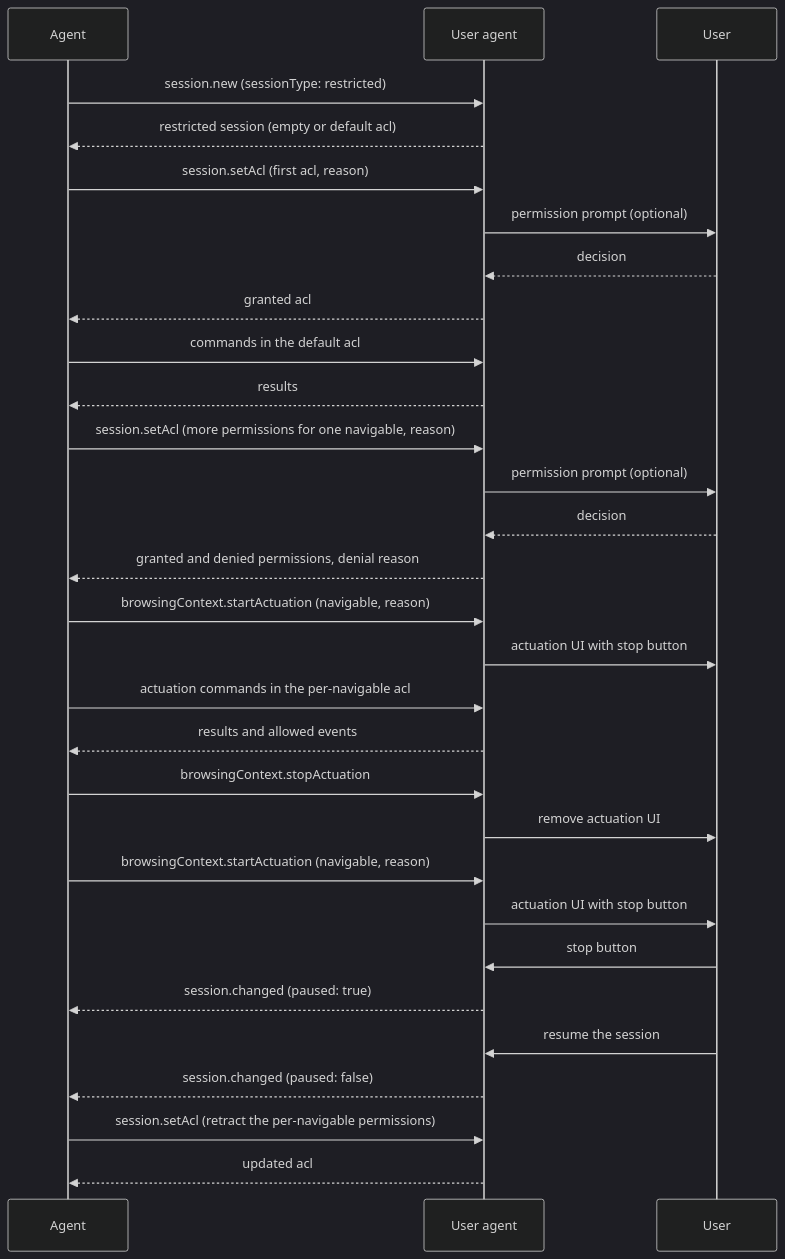
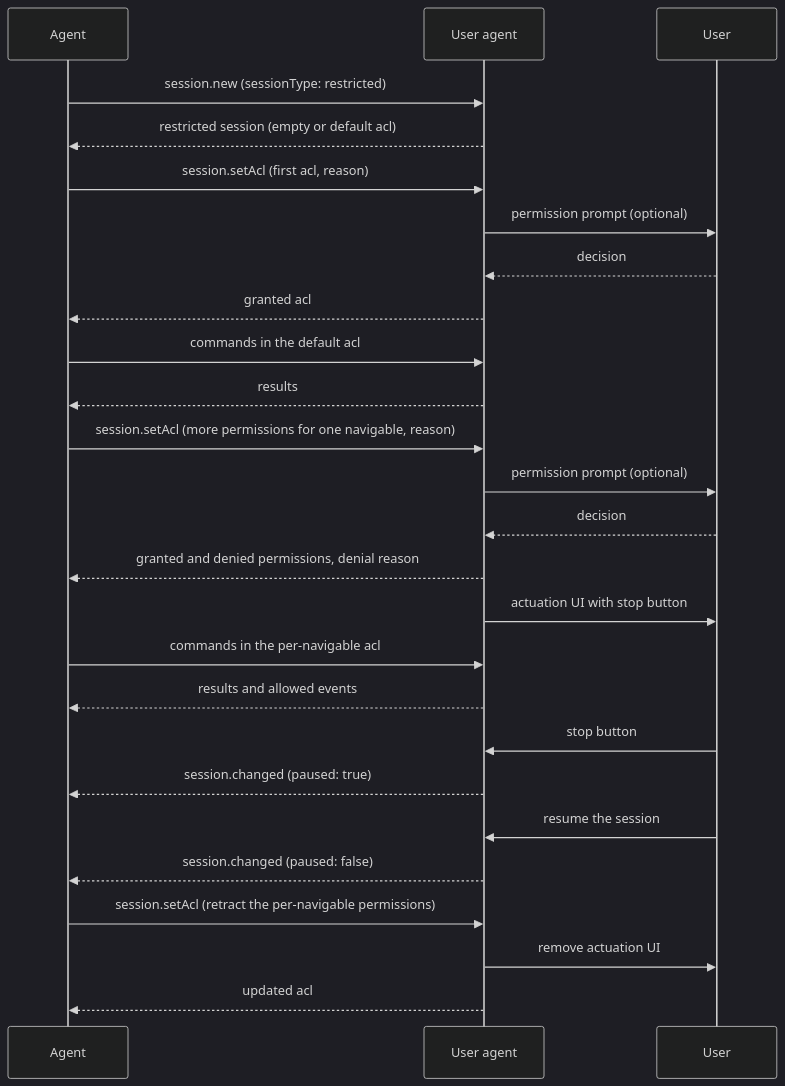
The diagram in README.md (WICG/agentic-webdriver-bidi), drawn with Mermaid (dark theme) before and after one commit. The commit also changed other lines of this file, not shown here.

First line of the commit message:
Use the per-navigable ACL as the signal for actuation UI

````diff
--- a/README.md
+++ b/README.md
@@ -476,33 +418,29 @@
 ```mermaid
 sequenceDiagram
     participant Agent
     participant UA as User agent
     participant User
 
     Agent->>UA: session.new (sessionType: restricted)
     UA-->>Agent: restricted session (empty or default acl)
     Agent->>UA: session.setAcl (first acl, reason)
     UA->>User: permission prompt (optional)
     User-->>UA: decision
     UA-->>Agent: granted acl
     Agent->>UA: commands in the default acl
     UA-->>Agent: results
     Agent->>UA: session.setAcl (more permissions for one navigable, reason)
     UA->>User: permission prompt (optional)
     User-->>UA: decision
     UA-->>Agent: granted and denied permissions, denial reason
-    Agent->>UA: browsingContext.startActuation (navigable, reason)
     UA->>User: actuation UI with stop button
-    Agent->>UA: actuation commands in the per-navigable acl
+    Agent->>UA: commands in the per-navigable acl
     UA-->>Agent: results and allowed events
-    Agent->>UA: browsingContext.stopActuation
-    UA->>User: remove actuation UI
-    Agent->>UA: browsingContext.startActuation (navigable, reason)
-    UA->>User: actuation UI with stop button
     User->>UA: stop button
     UA-->>Agent: session.changed (paused: true)
     User->>UA: resume the session
     UA-->>Agent: session.changed (paused: false)
     Agent->>UA: session.setAcl (retract the per-navigable permissions)
+    UA->>User: remove actuation UI
     UA-->>Agent: updated acl
 ```
````
